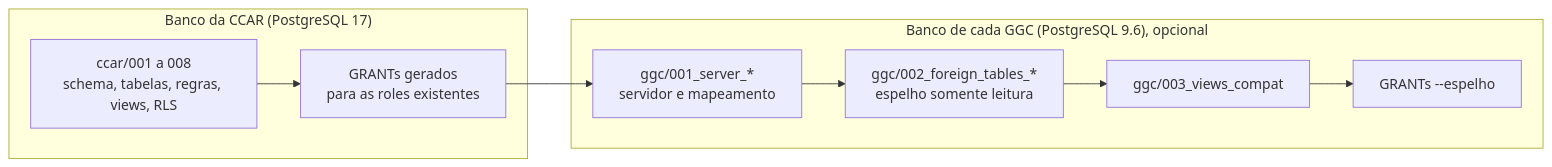
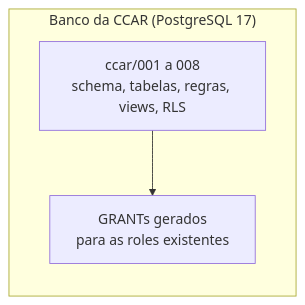
The diagram in feixe/db/README-DBA.md (paschendale/feixe), drawn with Mermaid before and after one commit. The commit also changed other lines of this file and 19 other files, not shown here.

````diff
--- a/feixe/db/README-DBA.md
+++ b/feixe/db/README-DBA.md
@@ -5,10 +5,6 @@
 ```mermaid
 flowchart LR
   subgraph ccar["Banco da CCAR (PostgreSQL 17)"]
     c1["ccar/001 a 008<br/>schema, tabelas, regras, views, RLS"] --> c2["GRANTs gerados<br/>para as roles existentes"]
   end
-  subgraph ggc["Banco de cada GGC (PostgreSQL 9.6), opcional"]
-    g1["ggc/001_server_*<br/>servidor e mapeamento"] --> g2["ggc/002_foreign_tables_*<br/>espelho somente leitura"] --> g3["ggc/003_views_compat"] --> g4["GRANTs --espelho"]
-  end
-  c2 --> g1
 ```
````
